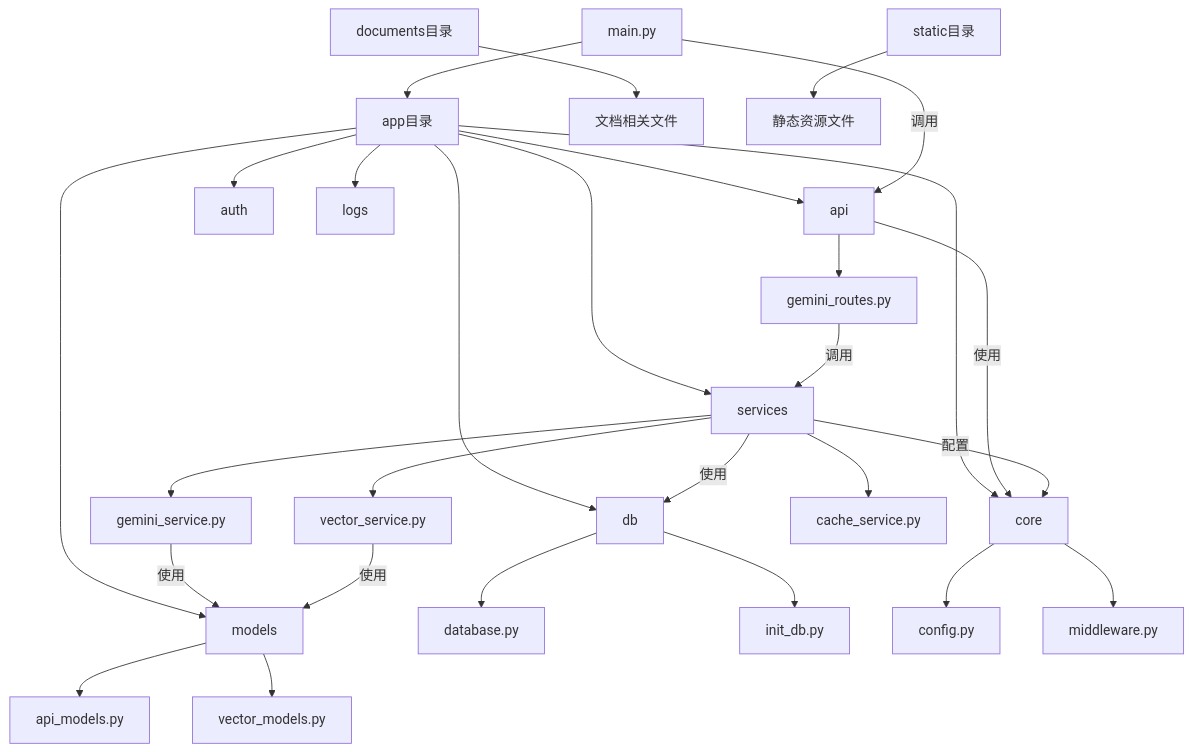
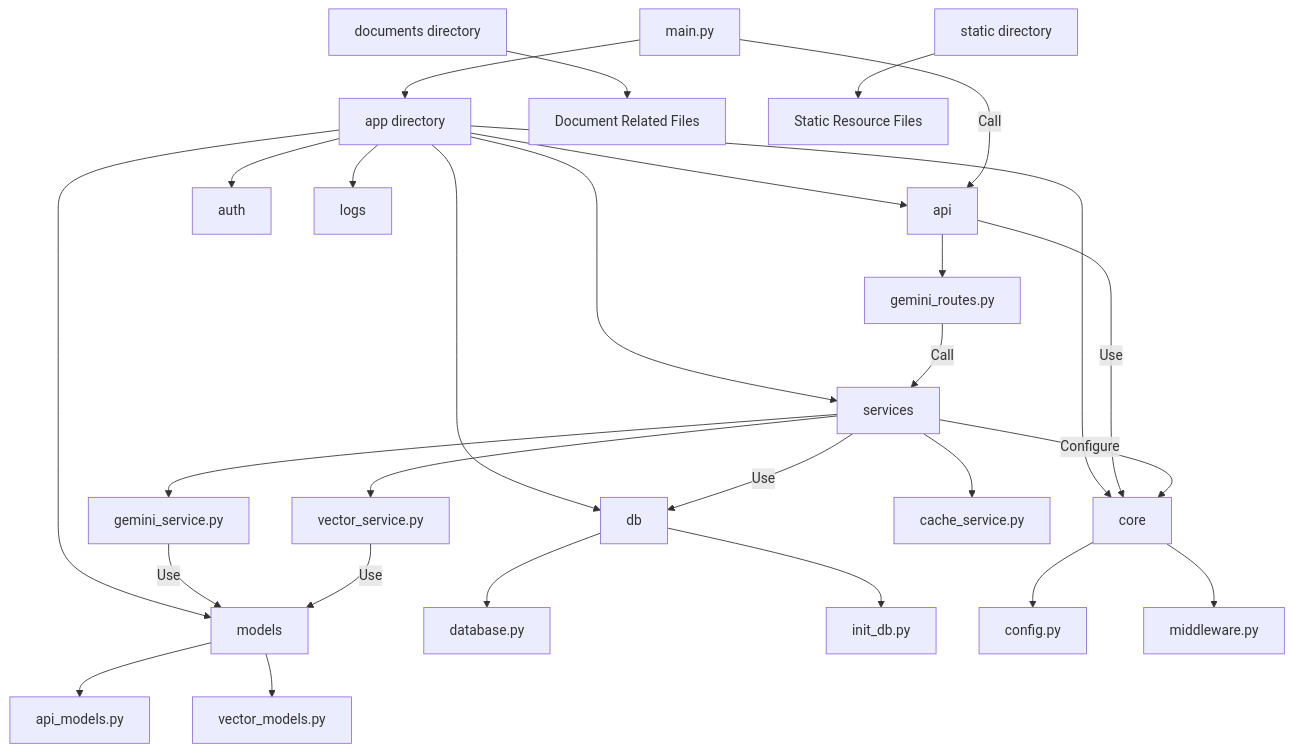
Before and after one commit to zking2000/gemini-vector-search: the third of 10 diagrams in README.md, drawn with Mermaid. The commit also changed other lines of this file and 13 other files, not shown here.

````diff
--- a/README.md
+++ b/README.md
@@ -588,47 +577,47 @@
 ```mermaid
 graph TD
-    %% 主要应用组件
-    MainApp[main.py] --> App[app目录]
+    %% Main Application Components
+    MainApp[main.py] --> App[app directory]
     App --> ApiDir[api]
     App --> ServicesDir[services]
     App --> ModelsDir[models]
     App --> DbDir[db]
     App --> CoreDir[core]
     App --> AuthDir[auth]
     App --> LogsDir[logs]
     
-    %% API层
+    %% API Layer
     ApiDir --> GeminiRoutes[gemini_routes.py]
     
-    %% 服务层
+    %% Service Layer
     ServicesDir --> GeminiService[gemini_service.py]
     ServicesDir --> VectorService[vector_service.py]
     ServicesDir --> CacheService[cache_service.py]
     
-    %% 模型层
+    %% Model Layer
     ModelsDir --> ApiModels[api_models.py]
     ModelsDir --> VectorModels[vector_models.py]
     
-    %% 数据库层
+    %% Database Layer
     DbDir --> Database[database.py]
     DbDir --> InitDb[init_db.py]
     
-    %% 核心层
+    %% Core Layer
     CoreDir --> Config[config.py]
     CoreDir --> Middleware[middleware.py]
     
-    %% 文档目录
-    Docs[documents目录] --> DocsFiles[文档相关文件]
+    %% Document Directory
+    Docs[documents directory] --> DocsFiles[Document Related Files]
     
-    %% 静态资源
-    Static[static目录] --> StaticFiles[静态资源文件]
+    %% Static Resources
+    Static[static directory] --> StaticFiles[Static Resource Files]
     
-    %% 关系描述
-    MainApp -- "调用" --> ApiDir
-    GeminiRoutes -- "调用" --> ServicesDir
-    GeminiService -- "使用" --> ModelsDir
-    VectorService -- "使用" --> ModelsDir
-    ServicesDir -- "使用" --> DbDir
-    ApiDir -- "使用" --> CoreDir
-    ServicesDir -- "配置" --> CoreDir
+    %% Relationship Description
+    MainApp -- "Call" --> ApiDir
+    GeminiRoutes -- "Call" --> ServicesDir
+    GeminiService -- "Use" --> ModelsDir
+    VectorService -- "Use" --> ModelsDir
+    ServicesDir -- "Use" --> DbDir
+    ApiDir -- "Use" --> CoreDir
+    ServicesDir -- "Configure" --> CoreDir
 ```
````
